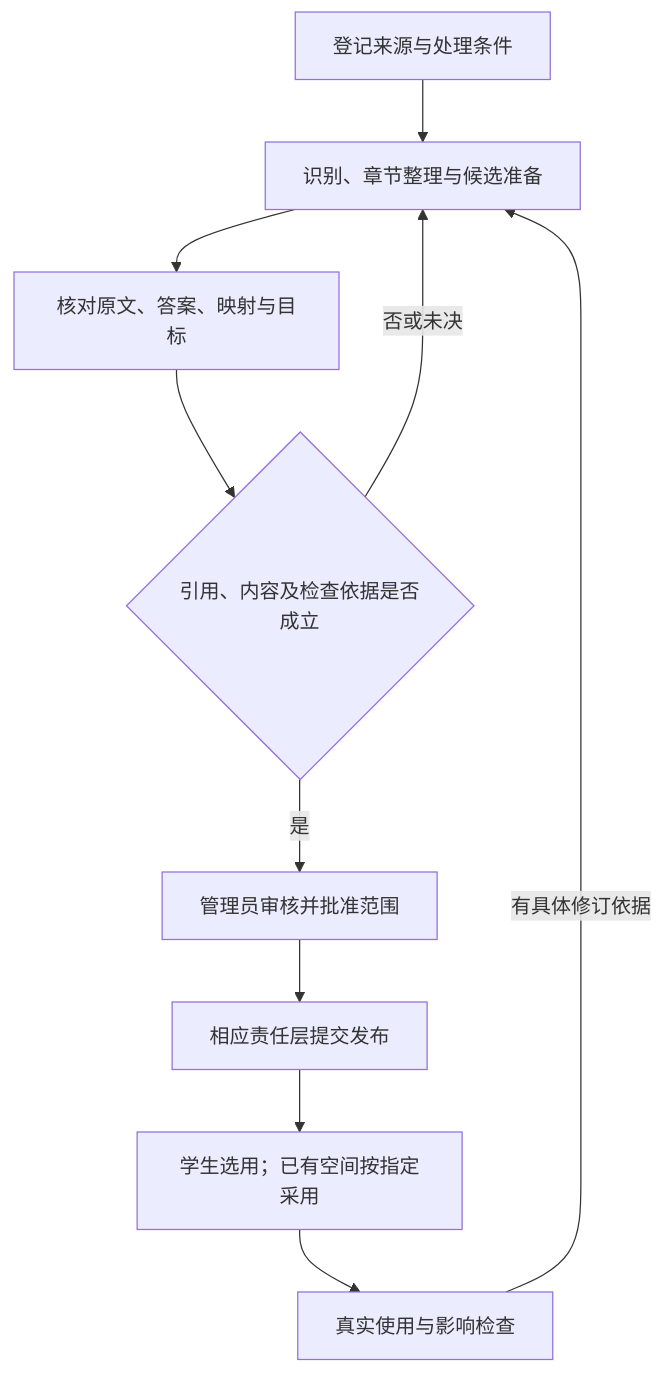
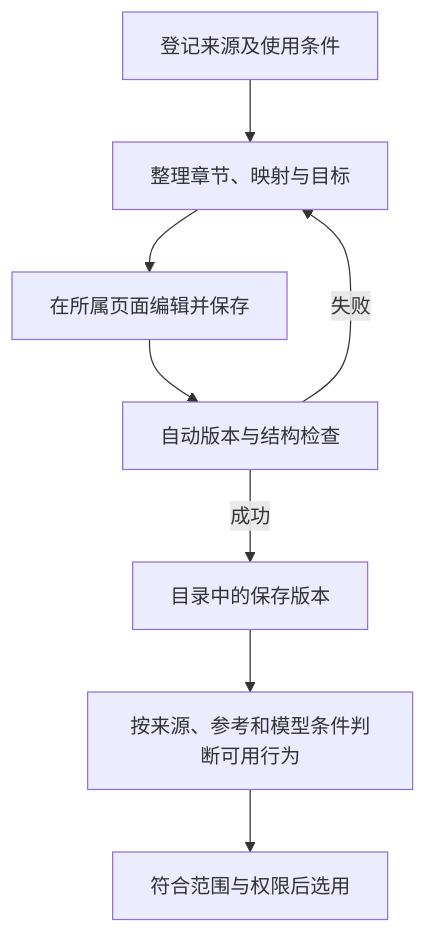
One commit to ivgotcrazy/deermind changed the first of 2 diagrams in doc/mvp/phase-4-product-and-domain-foundation/MVP_Domain_and_Content_Foundation.md. Above: the diagram before and after it, drawn with Mermaid. The commit also changed other lines of this file and 189 other files, not shown here.

````diff
--- a/doc/mvp/phase-4-product-and-domain-foundation/MVP_Domain_and_Content_Foundation.md
+++ b/doc/mvp/phase-4-product-and-domain-foundation/MVP_Domain_and_Content_Foundation.md
@@ -68,12 +68,10 @@
 ```mermaid
 flowchart TB
-  A[登记来源与处理条件] --> B[识别、章节整理与候选准备]
-  B --> C[核对原文、答案、映射与目标]
-  C --> D{引用、内容及检查依据是否成立}
-  D -->|否或未决| B
-  D -->|是| E[管理员审核并批准范围]
-  E --> F[相应责任层提交发布]
-  F --> G[学生选用；已有空间按指定采用]
-  G --> H[真实使用与影响检查]
-  H -->|有具体修订依据| B
+  A[登记来源及使用条件] --> B[整理章节、映射与目标]
+  B --> C[在所属页面编辑并保存]
+  C --> D[自动版本与结构检查]
+  D -->|失败| B
+  D -->|成功| E[目录中的保存版本]
+  E --> F[按来源、参考和模型条件判断可用行为]
+  F --> G[符合范围与权限后选用]
 ```
````
